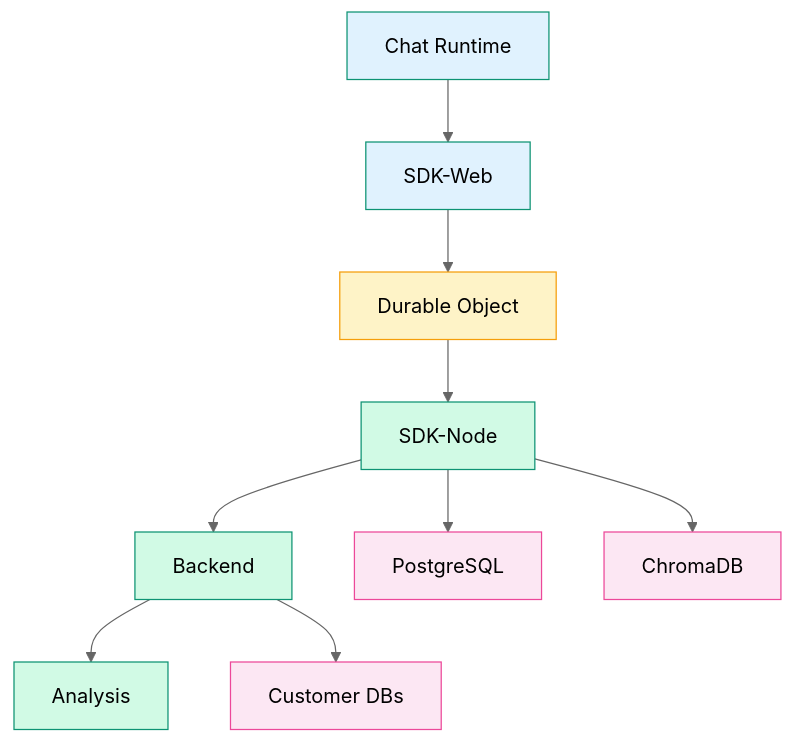
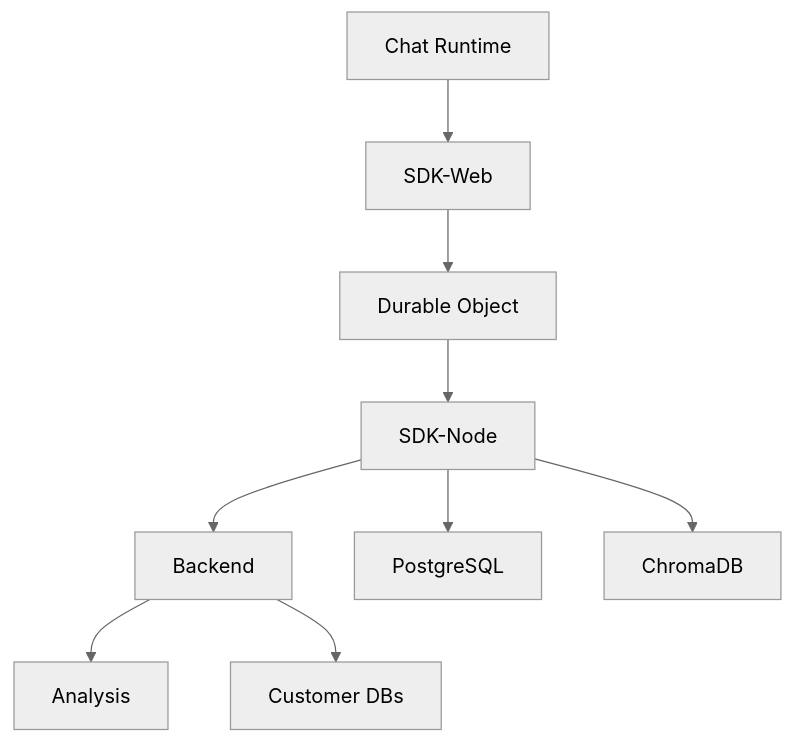
Before and after one commit to ashishsuperatom/tech-docs: the first of 3 diagrams in architecture/overview.mdx, drawn with Mermaid (neutral theme). The commit also changed other lines of this file and 37 other files, not shown here.

First line of the commit message:
Clean up docs: remove em-dashes, fix mermaid diagrams, remove emojis

````diff
--- a/architecture/overview.mdx
+++ b/architecture/overview.mdx
@@ -13,17 +13,8 @@
 ```mermaid
 flowchart TD
     UI["Chat Runtime"] --> SDK_WEB["SDK-Web"] --> DO["Durable Object"]
     DO --> SDK_NODE["SDK-Node"] --> BACKEND["Backend"] --> ANALYSIS["Analysis"]
     SDK_NODE --> PG["PostgreSQL"] & CHROMA["ChromaDB"]
     BACKEND --> CUSTOMER["Customer DBs"]
 
-    style UI fill:#e0f2fe,stroke:#0D9373
-    style SDK_WEB fill:#e0f2fe,stroke:#0D9373
-    style DO fill:#fef3c7,stroke:#f59e0b
-    style SDK_NODE fill:#d1fae5,stroke:#0D9373
-    style BACKEND fill:#d1fae5,stroke:#0D9373
-    style ANALYSIS fill:#d1fae5,stroke:#0D9373
-    style PG fill:#fce7f3,stroke:#ec4899
-    style CHROMA fill:#fce7f3,stroke:#ec4899
-    style CUSTOMER fill:#fce7f3,stroke:#ec4899
 ```
````
